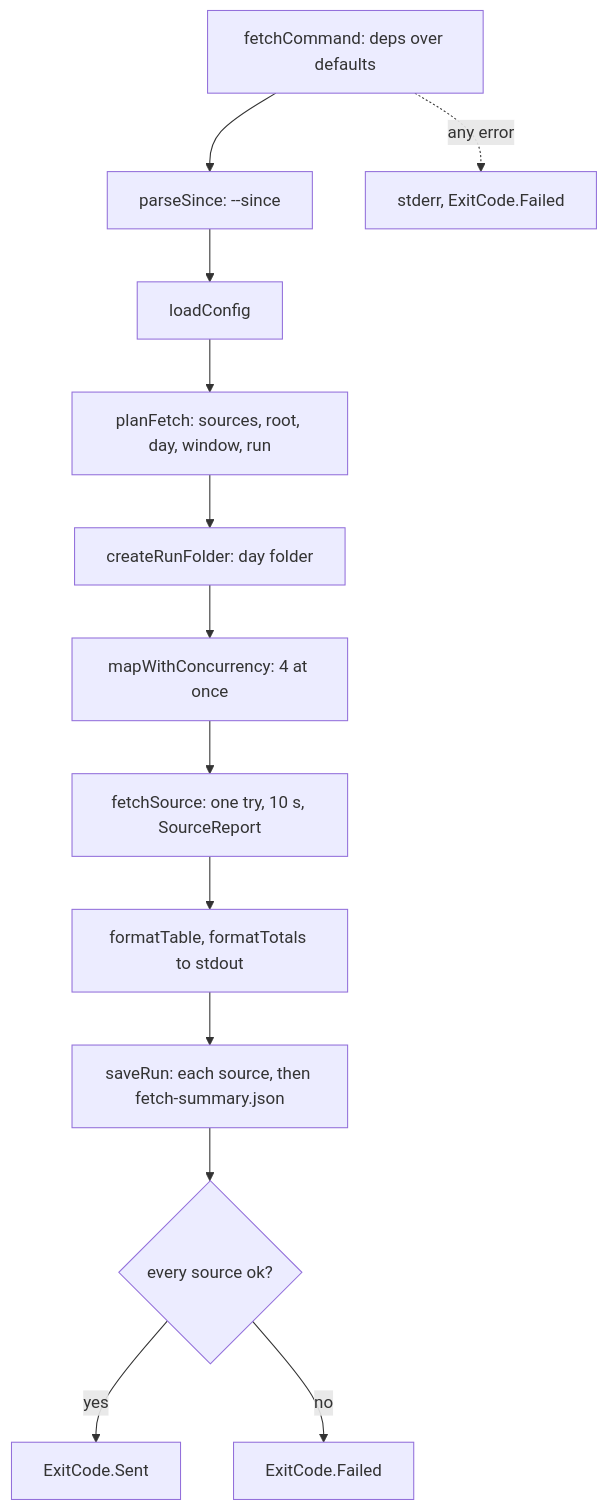
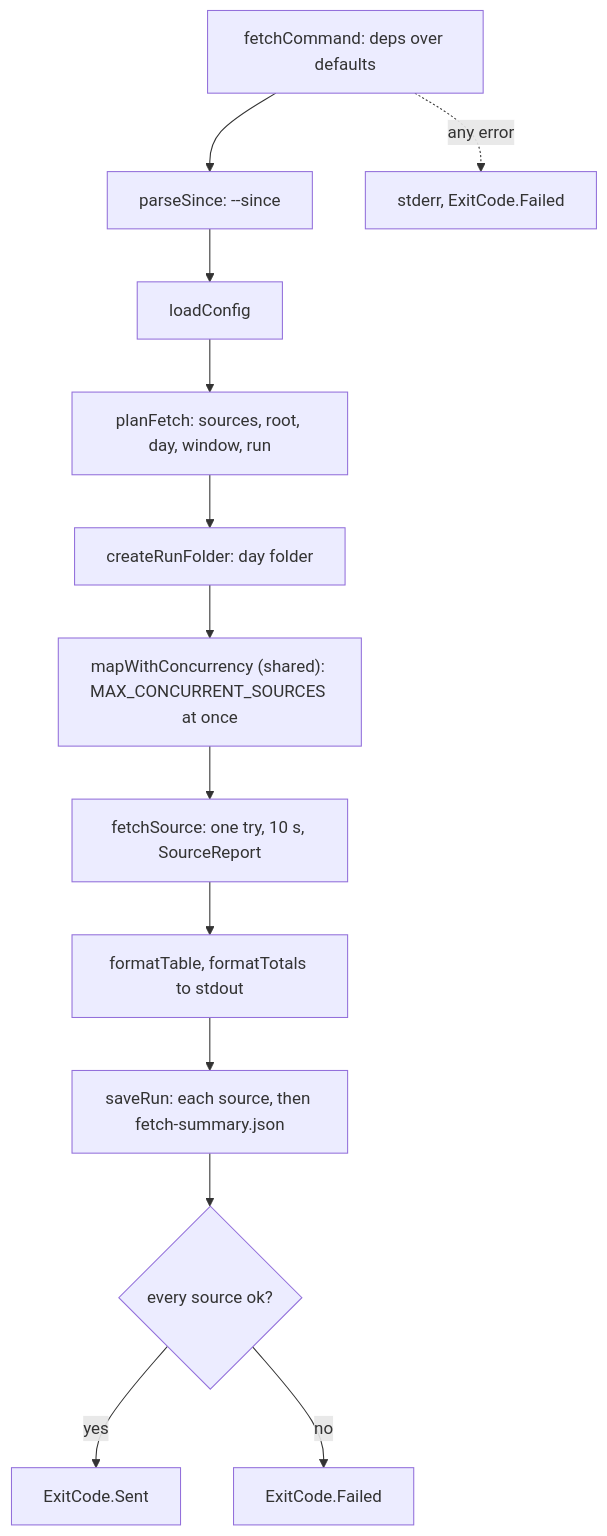
The second of 2 diagrams in src/cli/fetch/CLAUDE.md (odere-pro/weekly-engineering-digest-agent), drawn with Mermaid before and after one commit. The commit also changed other lines of this file and 112 other files, not shown here.

````diff
--- a/src/cli/fetch/CLAUDE.md
+++ b/src/cli/fetch/CLAUDE.md
@@ -25,14 +25,14 @@
 ```mermaid
 flowchart TD
   start["fetchCommand: deps over defaults"] --> since["parseSince: --since"]
   since --> load["loadConfig"] --> plan["planFetch: sources, root, day, window, run"]
   plan --> folder["createRunFolder: day folder"]
-  folder --> pool["mapWithConcurrency: 4 at once"]
+  folder --> pool["mapWithConcurrency (shared): MAX_CONCURRENT_SOURCES at once"]
   pool --> one["fetchSource: one try, 10 s, SourceReport"]
   one --> print["formatTable, formatTotals to stdout"]
   print --> save["saveRun: each source, then fetch-summary.json"]
   save --> code{"every source ok?"}
   code -->|yes| sent["ExitCode.Sent"]
   code -->|no| failed["ExitCode.Failed"]
   start -.->|"any error"| err["stderr, ExitCode.Failed"]
 ```
````
